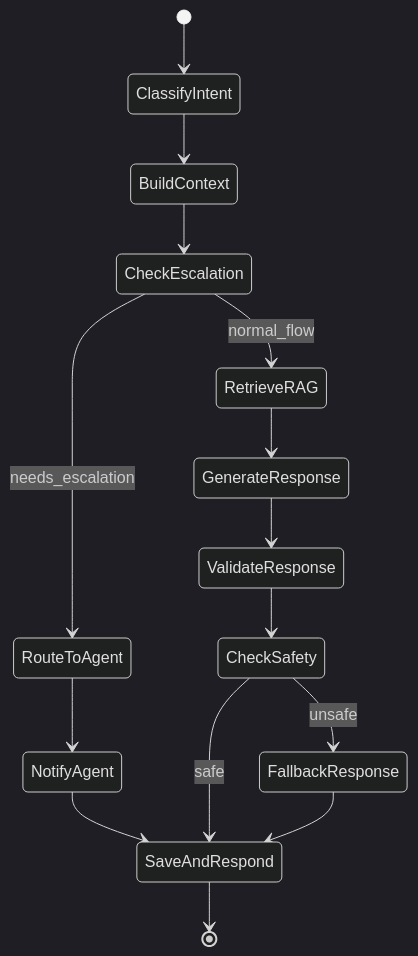
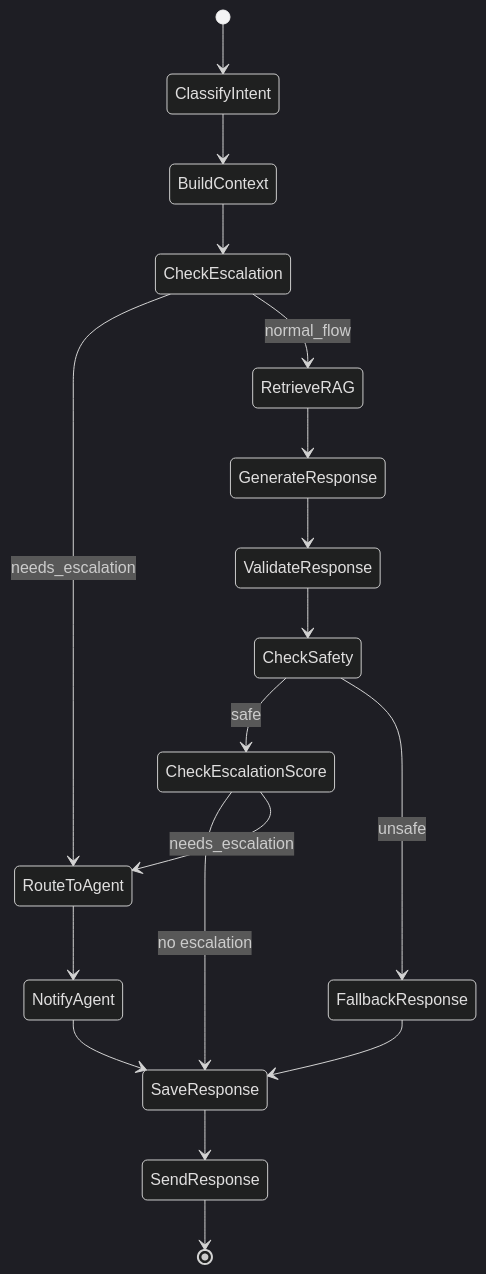
One commit to jujubear24/ai-customer-service-bot changed the sixth of 9 diagrams in docs/architecture/system-design.md. Above: the diagram before and after it, drawn with Mermaid (dark theme). The commit also changed other lines of this file and 3 other files, not shown here.

````diff
--- a/docs/architecture/system-design.md
+++ b/docs/architecture/system-design.md
@@ -399,23 +447,27 @@
 ```mermaid
 stateDiagram-v2
     [*] --> ClassifyIntent
     ClassifyIntent --> BuildContext
     BuildContext --> CheckEscalation
 
     CheckEscalation --> RouteToAgent: needs_escalation
     CheckEscalation --> RetrieveRAG: normal_flow
 
     RetrieveRAG --> GenerateResponse
     GenerateResponse --> ValidateResponse
 
     ValidateResponse --> CheckSafety
 
-    CheckSafety --> SaveAndRespond: safe
+    CheckSafety --> CheckEscalationScore: safe
     CheckSafety --> FallbackResponse: unsafe
 
+    CheckEscalationScore --> SaveResponse: no escalation
+    CheckEscalationScore --> RouteToAgent: needs_escalation
+
     RouteToAgent --> NotifyAgent
-    NotifyAgent --> SaveAndRespond
+    NotifyAgent --> SaveResponse
 
-    FallbackResponse --> SaveAndRespond
-    SaveAndRespond --> [*]
+    FallbackResponse --> SaveResponse
+    SaveResponse --> SendResponse
+    SendResponse --> [*]
 ```
````
